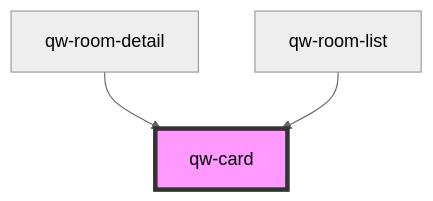
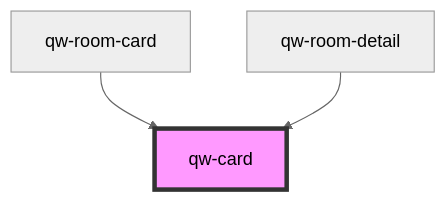
The diagram in src/components/shared/qw-card/readme.md (qwentes-team/qw-hotels), drawn with Mermaid (neutral theme) before and after one commit. The commit also changed other lines of this file and 9 other files, not shown here.

````diff
--- a/src/components/shared/qw-card/readme.md
+++ b/src/components/shared/qw-card/readme.md
@@ -23,6 +16,6 @@
 ```mermaid
 graph TD;
+  qw-room-card --> qw-card
   qw-room-detail --> qw-card
-  qw-room-list --> qw-card
   style qw-card fill:#f9f,stroke:#333,stroke-width:4px
 ```
````
